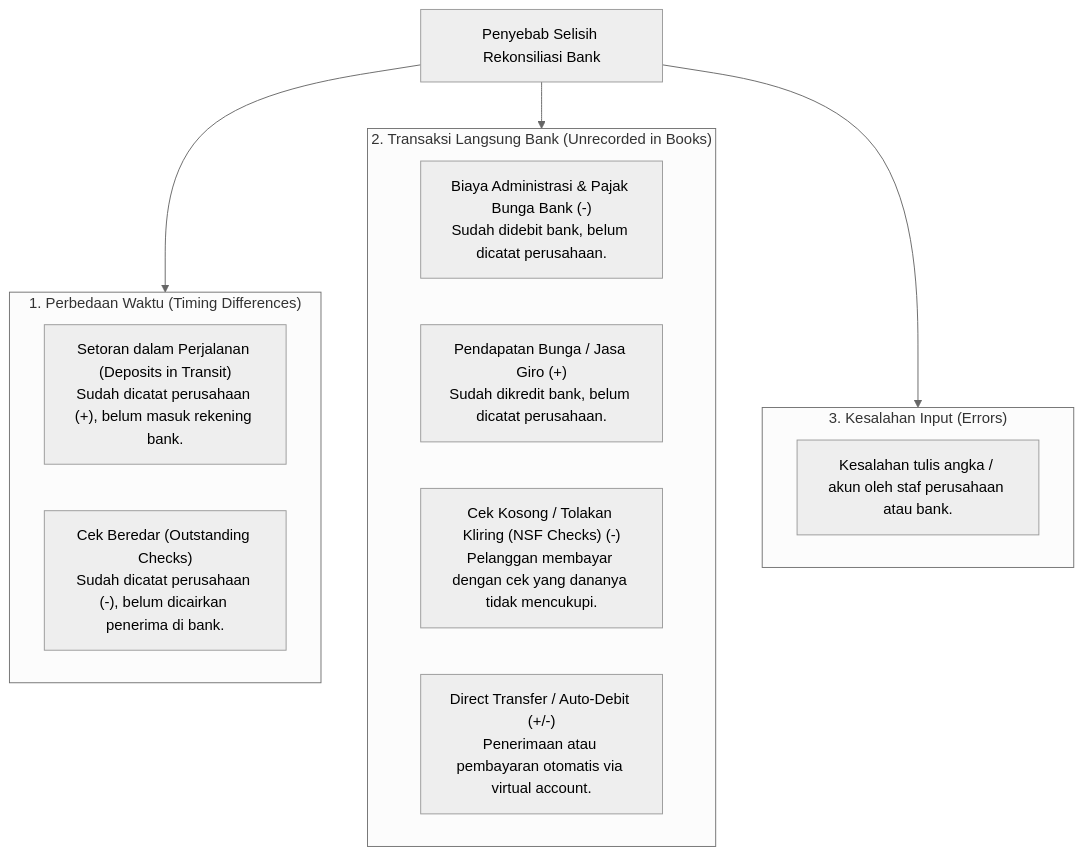
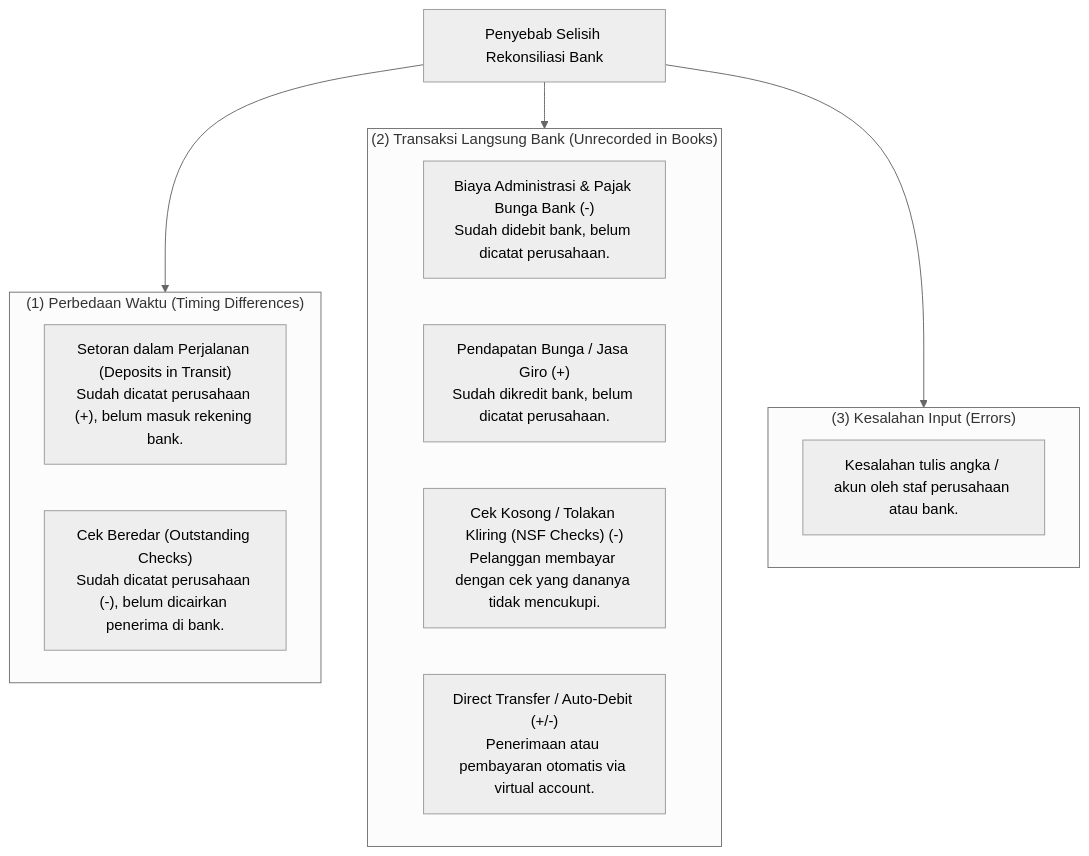
Before and after one commit to alimurrofid/erp-notes: the first of 2 diagrams in content/02-accounting/bank-reconciliation.md, drawn with Mermaid (neutral theme). The commit also changed 132 other files, not shown here.

````diff
--- a/content/02-accounting/bank-reconciliation.md
+++ b/content/02-accounting/bank-reconciliation.md
@@ -21,24 +21,24 @@
 ```mermaid
 flowchart TD
     Diff["Penyebab Selisih Rekonsiliasi Bank"]
     
-    subgraph TimingDiff["1. Perbedaan Waktu (Timing Differences)"]
+    subgraph TimingDiff["(1) Perbedaan Waktu (Timing Differences)"]
         T1["Setoran dalam Perjalanan (Deposits in Transit)<br/>Sudah dicatat perusahaan (+), belum masuk rekening bank."]
         T2["Cek Beredar (Outstanding Checks)<br/>Sudah dicatat perusahaan (-), belum dicairkan penerima di bank."]
     end
 
-    subgraph DirectBank["2. Transaksi Langsung Bank (Unrecorded in Books)"]
+    subgraph DirectBank["(2) Transaksi Langsung Bank (Unrecorded in Books)"]
         B1["Biaya Administrasi & Pajak Bunga Bank (-)<br/>Sudah didebit bank, belum dicatat perusahaan."]
         B2["Pendapatan Bunga / Jasa Giro (+)<br/>Sudah dikredit bank, belum dicatat perusahaan."]
         B3["Cek Kosong / Tolakan Kliring (NSF Checks) (-)<br/>Pelanggan membayar dengan cek yang dananya tidak mencukupi."]
         B4["Direct Transfer / Auto-Debit (+/-)<br/>Penerimaan atau pembayaran otomatis via virtual account."]
     end
 
-    subgraph Errors["3. Kesalahan Input (Errors)"]
+    subgraph Errors["(3) Kesalahan Input (Errors)"]
         E1["Kesalahan tulis angka / akun oleh staf perusahaan atau bank."]
     end
 
     Diff --> TimingDiff
     Diff --> DirectBank
     Diff --> Errors
 ```
````
